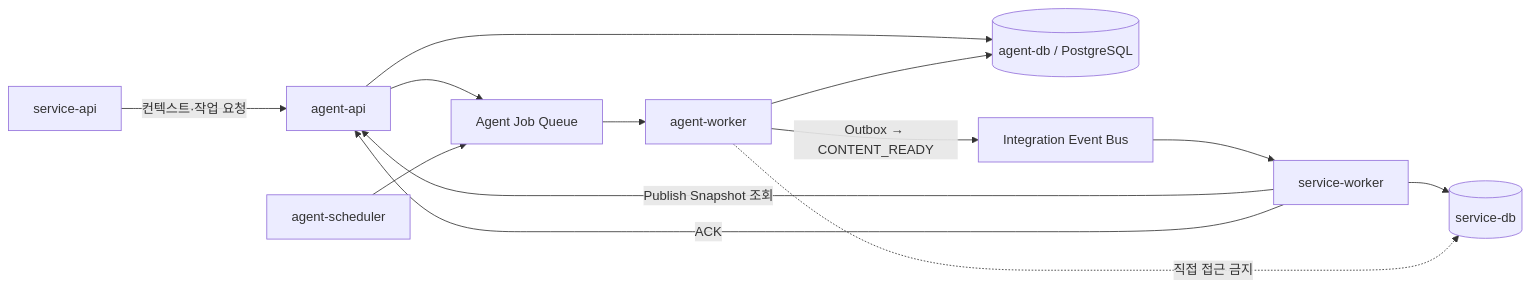
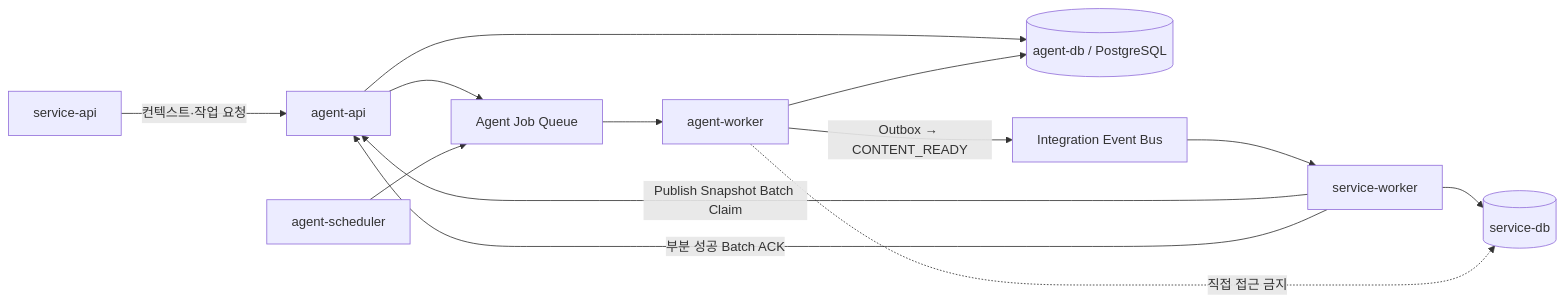
One commit to hk-toss-final-project/bambi-agent-api changed the first of 3 diagrams in docs/agent-db-design.md. Above: the diagram before and after it, drawn with Mermaid. The commit also changed other lines of this file and 5 other files, not shown here.

````diff
--- a/docs/agent-db-design.md
+++ b/docs/agent-db-design.md
@@ -35,15 +35,15 @@
 ```mermaid
 flowchart LR
     serviceApi["service-api"] -->|"컨텍스트·작업 요청"| agentApi["agent-api"]
     agentApi --> agentDb[("agent-db / PostgreSQL")]
     agentApi --> queue["Agent Job Queue"]
     scheduler["agent-scheduler"] --> queue
     queue --> worker["agent-worker"]
     worker --> agentDb
     worker -->|"Outbox → CONTENT_READY"| eventBus["Integration Event Bus"]
     eventBus --> serviceWorker["service-worker"]
-    serviceWorker -->|"Publish Snapshot 조회"| agentApi
+    serviceWorker -->|"Publish Snapshot Batch Claim"| agentApi
     serviceWorker --> serviceDb[("service-db")]
-    serviceWorker -->|"ACK"| agentApi
+    serviceWorker -->|"부분 성공 Batch ACK"| agentApi
     worker -. "직접 접근 금지" .-> serviceDb
 ```
````
